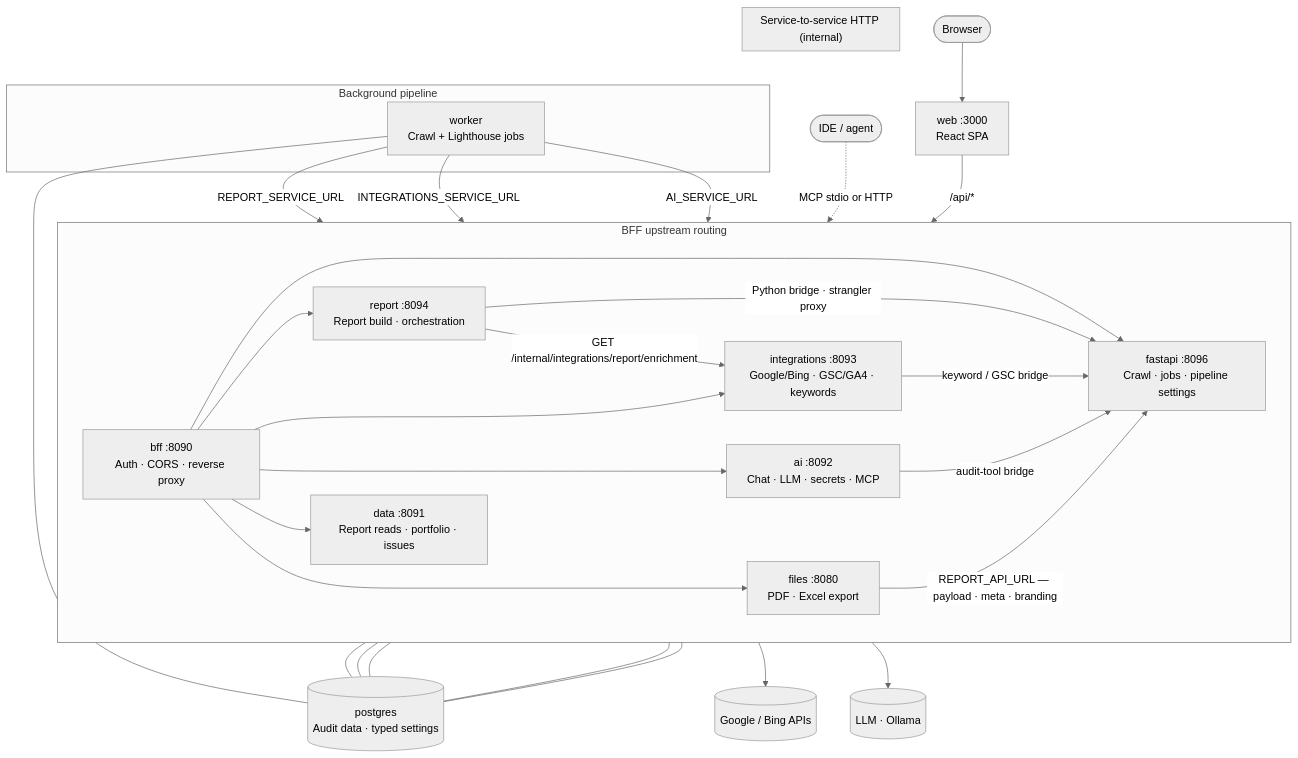
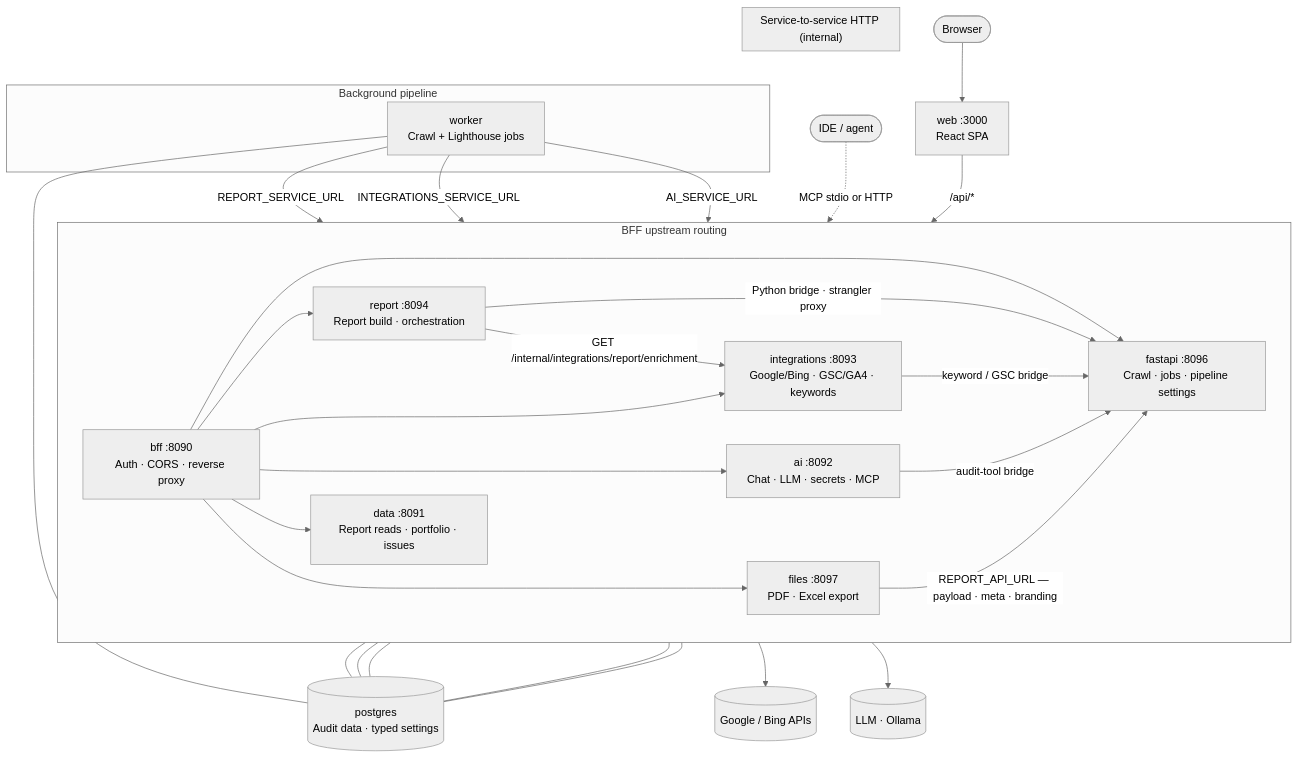
Before and after one commit to codefrydev/WebsiteProfiling: the diagram in README.md, drawn with Mermaid (neutral theme). The commit also changed other lines of this file and 21 other files, not shown here.

````diff
--- a/README.md
+++ b/README.md
@@ -145,44 +145,44 @@
 ```mermaid
 flowchart TB
     Browser([Browser]) --> Web["web :3000<br/>React SPA"]
     Web -->|"/api/*"| BFF["bff :8090<br/>Auth · CORS · reverse proxy"]
 
     subgraph BffRoutes["BFF upstream routing"]
         direction LR
         BFF --> FastAPI["fastapi :8096<br/>Crawl · jobs · pipeline settings"]
         BFF --> Report["report :8094<br/>Report build · orchestration"]
         BFF --> Integrations["integrations :8093<br/>Google/Bing · GSC/GA4 · keywords"]
         BFF --> Ai["ai :8092<br/>Chat · LLM · secrets · MCP"]
         BFF --> Data["data :8091<br/>Report reads · portfolio · issues"]
-        BFF --> Files["files :8080<br/>PDF · Excel export"]
+        BFF --> Files["files :8097<br/>PDF · Excel export"]
     end
 
     subgraph Pipeline["Background pipeline"]
         Worker["worker<br/>Crawl + Lighthouse jobs"]
         Worker -->|"REPORT_SERVICE_URL"| Report
         Worker -->|"INTEGRATIONS_SERVICE_URL"| Integrations
         Worker -->|"AI_SERVICE_URL"| Ai
     end
 
     subgraph Internal["Service-to-service HTTP (internal)"]
         direction TB
         Report -->|"Python bridge · strangler proxy"| FastAPI
         Report -->|"GET /internal/integrations/report/enrichment"| Integrations
         Integrations -->|"keyword / GSC bridge"| FastAPI
         Ai -->|"audit-tool bridge"| FastAPI
         Files -->|"REPORT_API_URL — payload · meta · branding"| FastAPI
     end
 
     Postgres[("postgres<br/>Audit data · typed settings")]
 
     FastAPI --- Postgres
     Worker --- Postgres
     Report --- Postgres
     Integrations --- Postgres
     Ai --- Postgres
     Data --- Postgres
 
     Integrations --> Google[(Google / Bing APIs)]
     Ai --> LLM[(LLM · Ollama)]
     MCP([IDE / agent]) -.->|"MCP stdio or HTTP"| Ai
 ```
````
